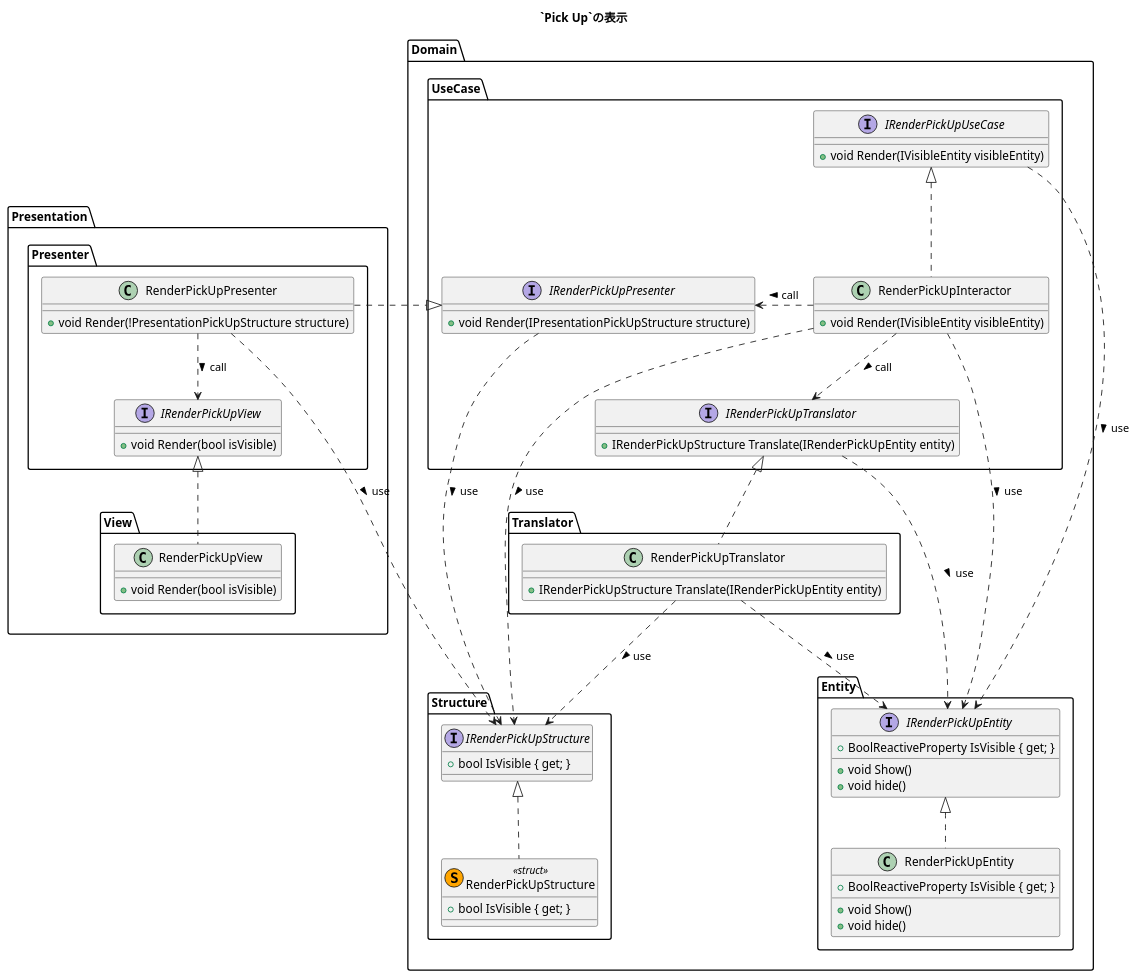
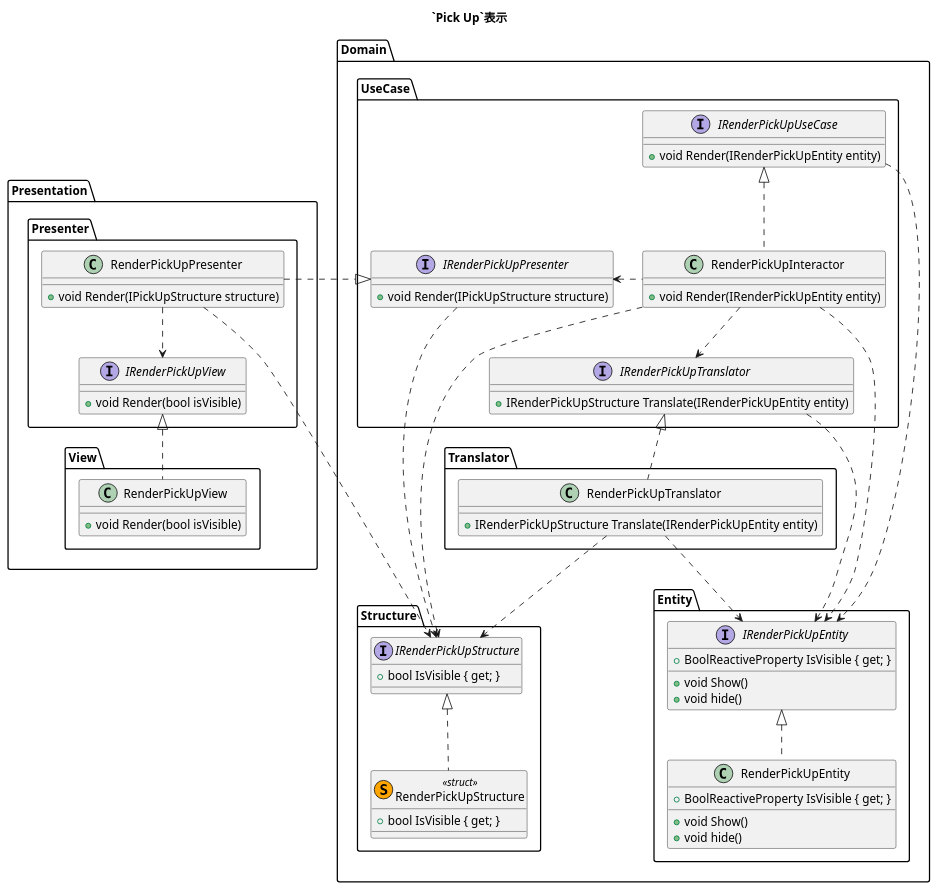
Before and after one commit to mtmt/study-cafu-roll-a-ball: the diagram in doc/render-pick-up.puml, drawn with PlantUML.

Commit message:
「`Pick Up`表示」クラス図の更新

```diff
--- a/doc/render-pick-up.puml
+++ b/doc/render-pick-up.puml
@@ -1,88 +1,88 @@
 @startuml
 
-title `Pick Up`の表示
+title `Pick Up`表示
 
 package Domain {
     package Entity {
         interface IRenderPickUpEntity {
             + BoolReactiveProperty IsVisible { get; }
             + void Show()
             + void hide()
         }
         class RenderPickUpEntity {
             + BoolReactiveProperty IsVisible { get; }
             + void Show()
             + void hide()
         }
     }
     package Structure {
         interface IRenderPickUpStructure {
             + bool IsVisible { get; }
         }
         class RenderPickUpStructure <<(S,orange)struct>> {
             + bool IsVisible { get; }
         }
     }
     package Translator {
         class RenderPickUpTranslator {
             + IRenderPickUpStructure Translate(IRenderPickUpEntity entity)
         }
     }
     package UseCase {
         interface IRenderPickUpUseCase {
-            + void Render(IVisibleEntity visibleEntity)
+            + void Render(IRenderPickUpEntity entity)
         }
         class RenderPickUpInteractor {
-            + void Render(IVisibleEntity visibleEntity)
+            + void Render(IRenderPickUpEntity entity)
         }
         interface IRenderPickUpPresenter {
-            + void Render(IPresentationPickUpStructure structure)
+            + void Render(IPickUpStructure structure)
         }
         interface IRenderPickUpTranslator {
             + IRenderPickUpStructure Translate(IRenderPickUpEntity entity)
         }
     }
 }
 package Presentation {
     package Presenter {
         interface IRenderPickUpView {
             + void Render(bool isVisible)
         }
         class RenderPickUpPresenter {
-            + void Render(!PresentationPickUpStructure structure)
+            + void Render(IPickUpStructure structure)
         }
     }
     package View {
         class RenderPickUpView {
             + void Render(bool isVisible)
         }
     }
 }
 
 IRenderPickUpEntity <|.. RenderPickUpEntity
 
 IRenderPickUpStructure <|.. RenderPickUpStructure
 
 IRenderPickUpUseCase <|.. RenderPickUpInteractor
-IRenderPickUpUseCase ..> IRenderPickUpEntity : use >
+IRenderPickUpUseCase ..> IRenderPickUpEntity
 
-RenderPickUpInteractor ..> IRenderPickUpEntity : use >
-RenderPickUpInteractor ..> IRenderPickUpTranslator : call >
-RenderPickUpInteractor ..> IRenderPickUpStructure : use >
-RenderPickUpInteractor .left.> IRenderPickUpPresenter : call >
+RenderPickUpInteractor ..> IRenderPickUpEntity
+RenderPickUpInteractor ..> IRenderPickUpTranslator
+RenderPickUpInteractor ..> IRenderPickUpStructure
+RenderPickUpInteractor .left.> IRenderPickUpPresenter
 
 IRenderPickUpTranslator <|.. RenderPickUpTranslator
-IRenderPickUpTranslator ..> IRenderPickUpEntity : use >
+IRenderPickUpTranslator ..> IRenderPickUpEntity
 
-RenderPickUpTranslator ..> IRenderPickUpEntity : use >
-RenderPickUpTranslator ..> IRenderPickUpStructure : use >
+RenderPickUpTranslator ..> IRenderPickUpEntity
+RenderPickUpTranslator ..> IRenderPickUpStructure
 
 IRenderPickUpPresenter <|.left. RenderPickUpPresenter
-IRenderPickUpPresenter ..> IRenderPickUpStructure : use >
+IRenderPickUpPresenter ..> IRenderPickUpStructure
 
-RenderPickUpPresenter ..> IRenderPickUpStructure : use >
-RenderPickUpPresenter ..> IRenderPickUpView : call >
+RenderPickUpPresenter ..> IRenderPickUpStructure
+RenderPickUpPresenter ..> IRenderPickUpView
 
 IRenderPickUpView <|.. RenderPickUpView
 
 @enduml
```
